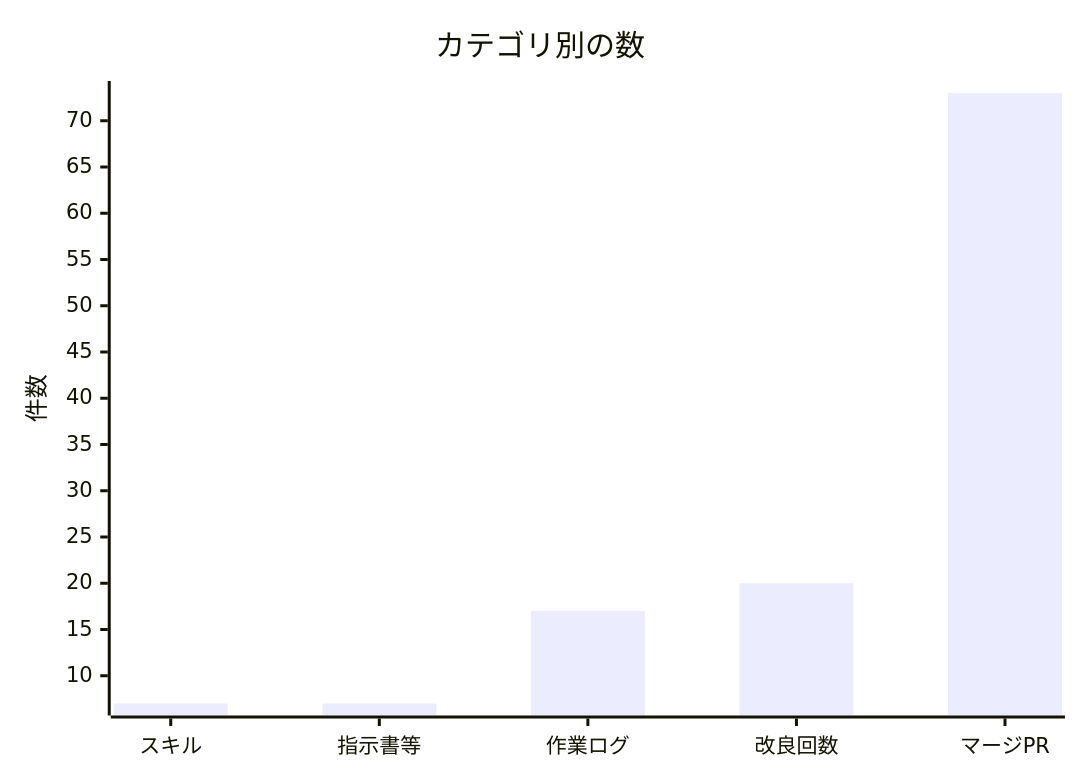
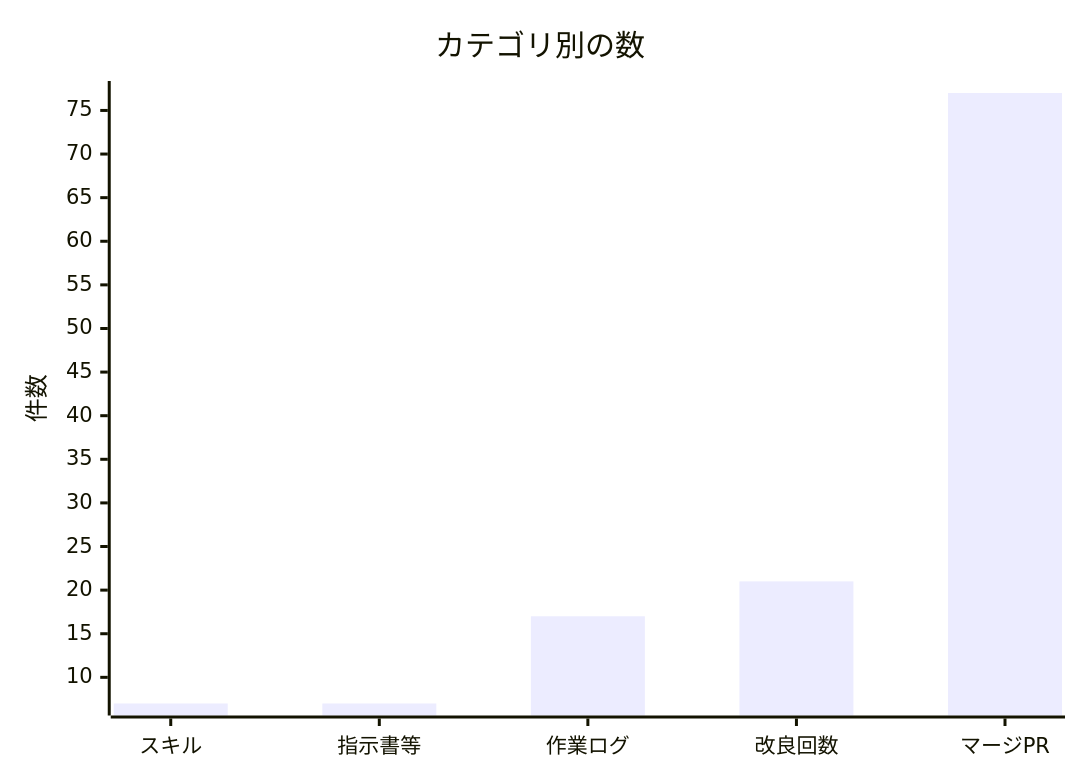
The second of 2 diagrams in docs/進化レポート.md (non-x2/non-x2), drawn with Mermaid before and after one commit. The commit also changed other lines of this file and 2 other files, not shown here.

First line of the commit message:
🌱 ④予備地図の座標計算ツールを追加 (#88)

````diff
--- a/docs/進化レポート.md
+++ b/docs/進化レポート.md
@@ -33,7 +33,7 @@
 ```mermaid
 xychart-beta
     title "カテゴリ別の数"
     x-axis ["スキル", "指示書等", "作業ログ", "改良回数", "マージPR"]
     y-axis "件数"
-    bar [7, 7, 17, 20, 73]
+    bar [7, 7, 17, 21, 77]
 ```
````
